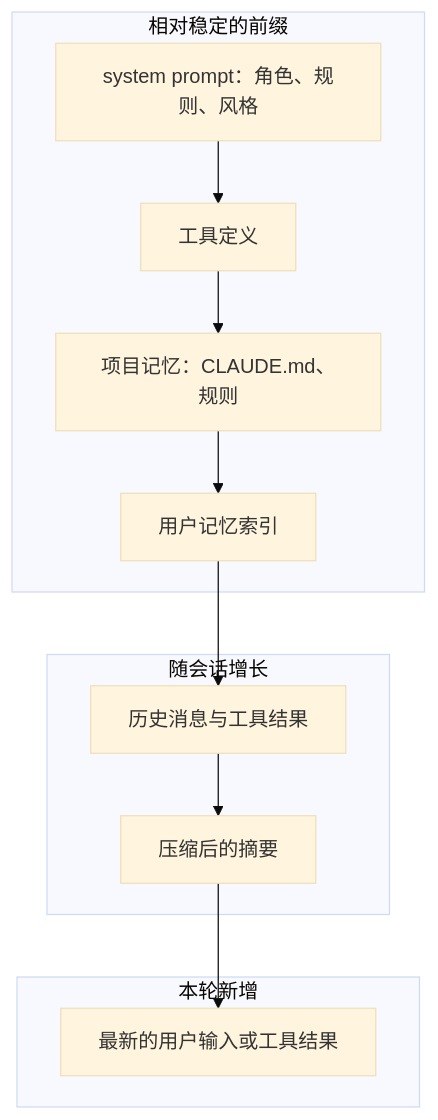
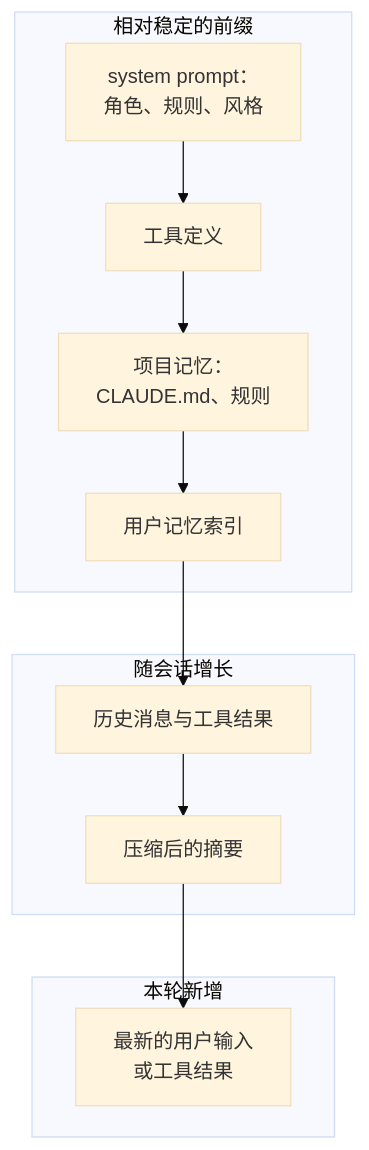
Before and after one commit to jarvis-pro/hatch-shelf: the first of 3 diagrams in books/agent-principles/06-context-engineering.md, drawn with Mermaid (base theme). The commit also changed other lines of this file and 432 other files, not shown here.

````diff
--- a/books/agent-principles/06-context-engineering.md
+++ b/books/agent-principles/06-context-engineering.md
@@ -11,17 +11,17 @@
 ```mermaid
 flowchart TB
   subgraph 相对稳定的前缀
-    A["system prompt：角色、规则、风格"]
+    A["system prompt：<br/>角色、规则、风格"]
     B["工具定义"]
-    C["项目记忆：CLAUDE.md、规则"]
+    C["项目记忆：<br/>CLAUDE.md、规则"]
     D["用户记忆索引"]
   end
   subgraph 随会话增长
     E["历史消息与工具结果"]
     F["压缩后的摘要"]
   end
   subgraph 本轮新增
-    G["最新的用户输入或工具结果"]
+    G["最新的用户输入<br/>或工具结果"]
   end
   A --> B --> C --> D --> E --> F --> G
 ```
````
